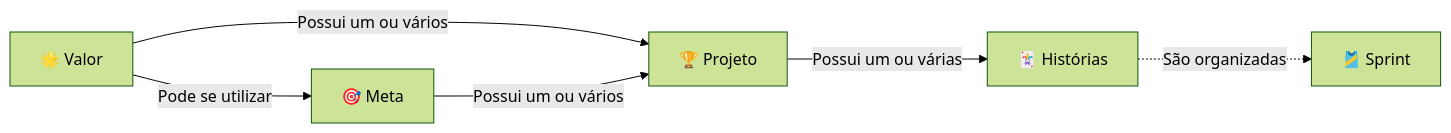
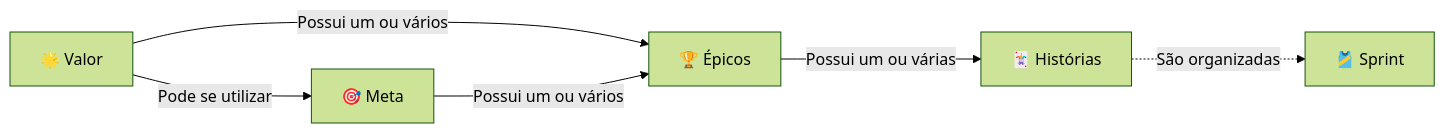
One commit to BrunoBiluca/biluca-knowledge changed the diagram in project_management/management.md. Above: the diagram before and after it, drawn with Mermaid (forest theme). The commit also changed other lines of this file and 48 other files, not shown here.

````diff
--- a/project_management/management.md
+++ b/project_management/management.md
@@ -23,17 +23,17 @@
 ```mermaid
 flowchart LR
 
 valores["🌟 Valor"]
 metas["🎯 Meta"]
-projetos["🏆 Projeto"]
+epicos["🏆 Épicos"]
 sprints["🎽 Sprint"]
 tarefas["🃏 Histórias"]
 
 valores -- Pode se utilizar --> metas
-valores -- Possui um ou vários --> projetos
+valores -- Possui um ou vários --> epicos
 
-metas -- Possui um ou vários --> projetos
-projetos -- Possui um ou várias --> tarefas
+metas -- Possui um ou vários --> epicos
+epicos -- Possui um ou várias --> tarefas
 
 tarefas -. São organizadas .-> sprints
 ```
````
